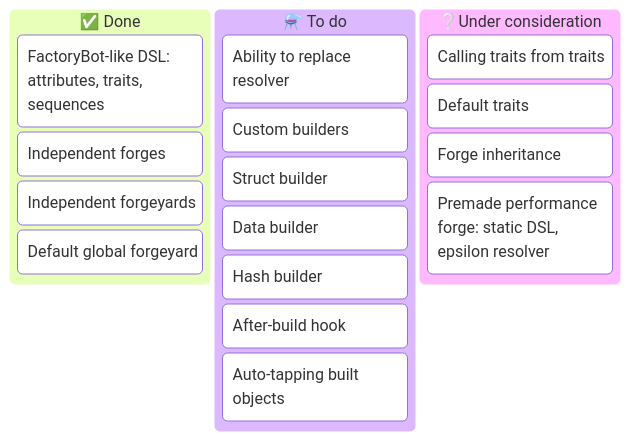
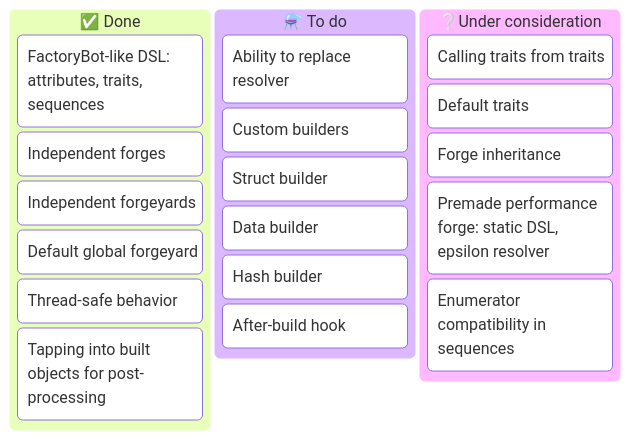
Before and after one commit to trinistr/object_forge: the diagram in README.md, drawn with Mermaid. The commit also changed other lines of this file and 9 other files, not shown here.

````diff
--- a/README.md
+++ b/README.md
@@ -182,21 +186,23 @@
 ```mermaid
 kanban
   [✅ Done]
     [FactoryBot-like DSL: attributes, traits, sequences]
     [Independent forges]
     [Independent forgeyards]
     [Default global forgeyard]
+    [Thread-safe behavior]
+    [Tapping into built objects for post-processing]
   [⚗️ To do]
     [Ability to replace resolver]
     [Custom builders]
     [Struct builder]
     [Data builder]
     [Hash builder]
     [After-build hook]
-    [Auto-tapping built objects]
   [❔Under consideration]
     [Calling traits from traits]
     [Default traits]
     [Forge inheritance]
     [Premade performance forge: static DSL, epsilon resolver]
+    [Enumerator compatibility in sequences]
 ```
````
